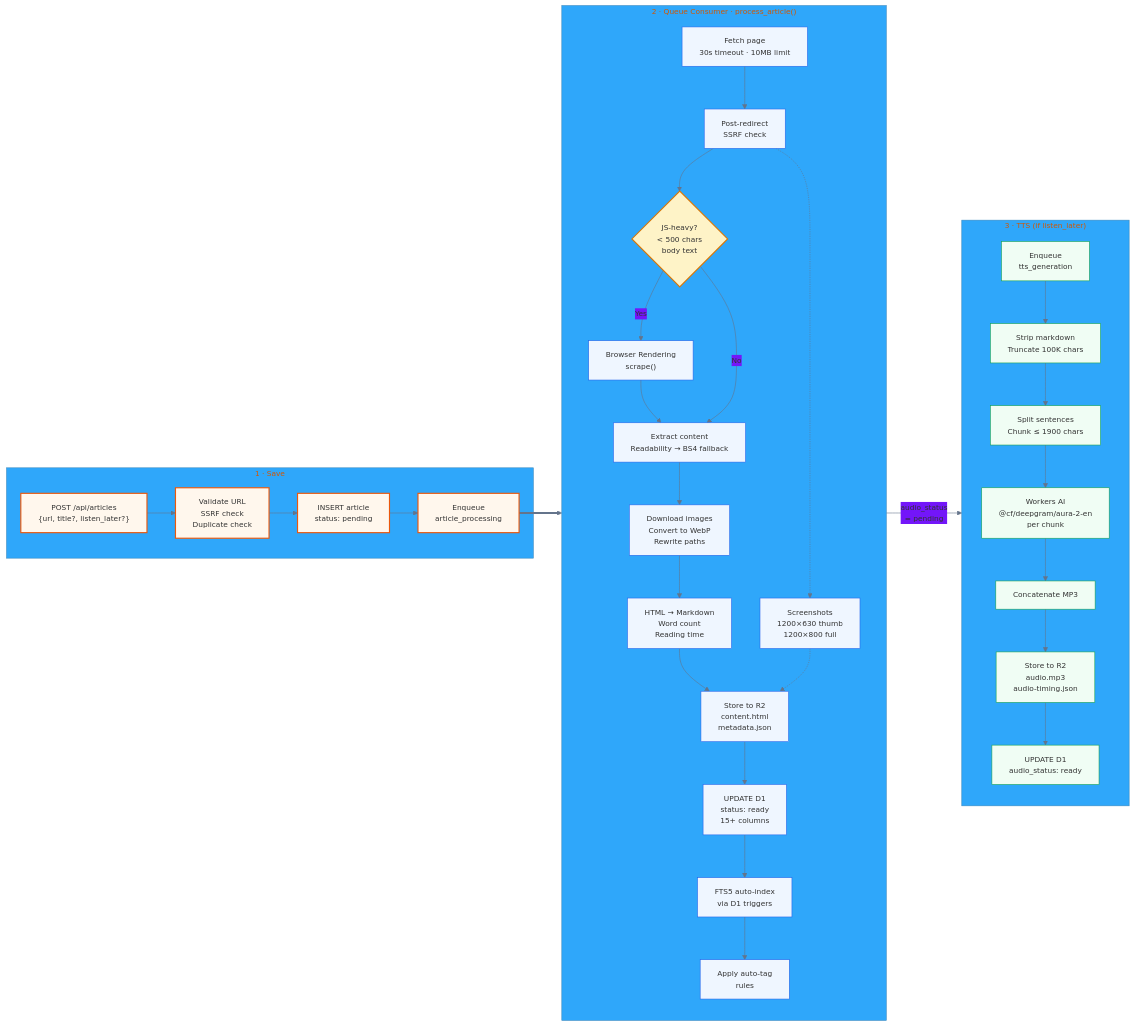
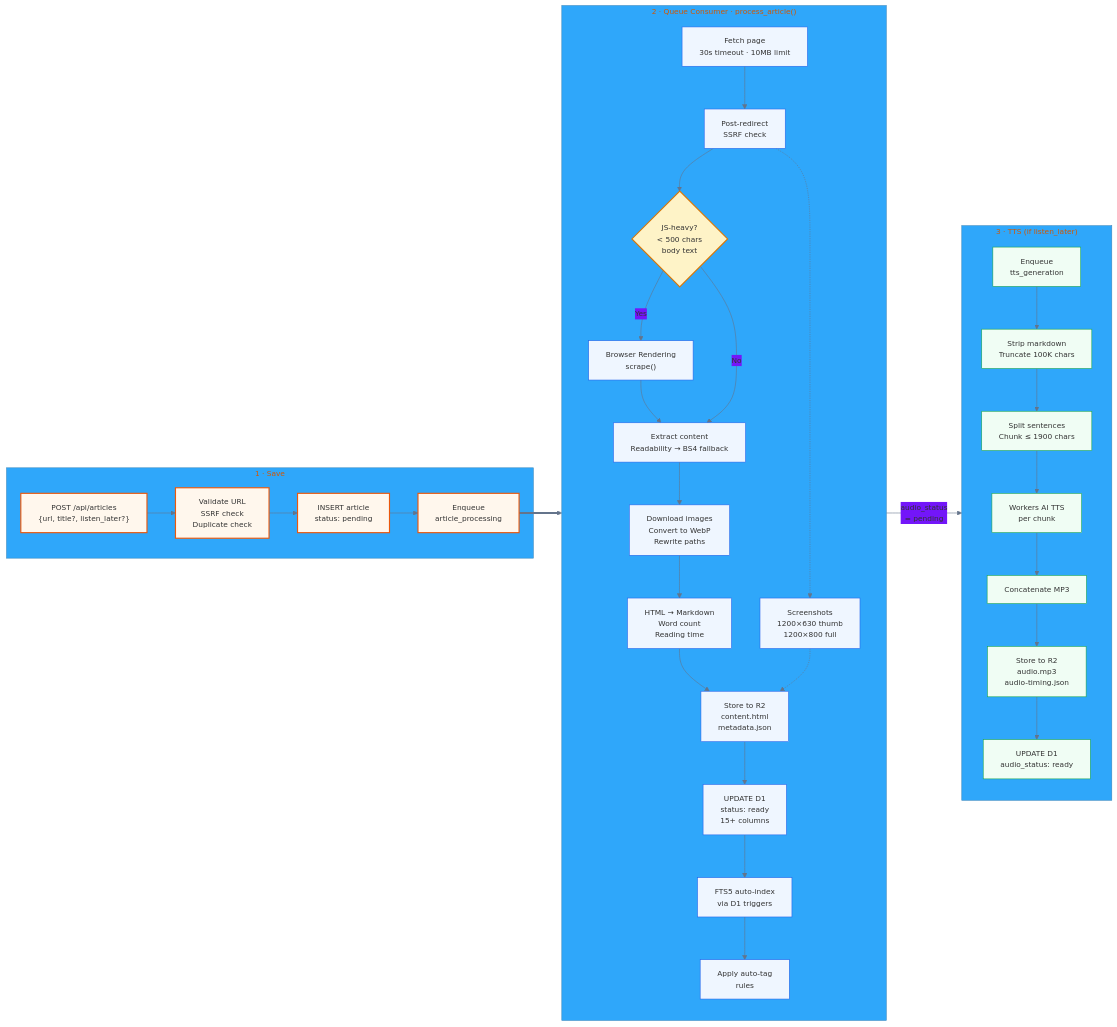
The second of 6 diagrams in docs/architecture-diagram.md (adewale/tasche), drawn with Mermaid before and after one commit. The commit also changed other lines of this file and 29 other files, not shown here.

````diff
--- a/docs/architecture-diagram.md
+++ b/docs/architecture-diagram.md
@@ -99,61 +99,61 @@
 ```mermaid
 %%{init: {'theme': 'base', 'themeVariables': { 'primaryColor': '#f97316', 'lineColor': '#64748b', 'fontSize': '13px' }}}%%
 
 flowchart LR
     subgraph Save["1 · Save"]
         POST["POST /api/articles\n{url, title?, listen_later?}"]
         Validate["Validate URL\nSSRF check\nDuplicate check"]
         Insert["INSERT article\nstatus: pending"]
         Enqueue["Enqueue\narticle_processing"]
         POST --> Validate --> Insert --> Enqueue
     end
 
     subgraph Process["2 · Queue Consumer · process_article()"]
         direction TB
         Fetch["Fetch page\n30s timeout · 10MB limit"]
         SSRF2["Post-redirect\nSSRF check"]
         JSCheck{"JS-heavy?\n< 500 chars\nbody text"}
         Scrape["Browser Rendering\nscrape()"]
         Extract["Extract content\nReadability → BS4 fallback"]
         Images["Download images\nConvert to WebP\nRewrite paths"]
         Screenshots["Screenshots\n1200×630 thumb\n1200×800 full"]
         Markdown["HTML → Markdown\nWord count\nReading time"]
         Store["Store to R2\ncontent.html\nmetadata.json"]
         UpdateD1["UPDATE D1\nstatus: ready\n15+ columns"]
         FTS["FTS5 auto-index\nvia D1 triggers"]
         AutoTag["Apply auto-tag\nrules"]
 
         Fetch --> SSRF2 --> JSCheck
         JSCheck -->|"Yes"| Scrape --> Extract
         JSCheck -->|"No"| Extract
         Extract --> Images --> Markdown
         Markdown --> Store --> UpdateD1 --> FTS --> AutoTag
         SSRF2 -.-> Screenshots -.-> Store
     end
 
     subgraph TTS["3 · TTS (if listen_later)"]
         direction TB
         EnqTTS["Enqueue\ntts_generation"]
         StripMD["Strip markdown\nTruncate 100K chars"]
         Chunk["Split sentences\nChunk ≤ 1900 chars"]
-        AICall["Workers AI\n@cf/deepgram/aura-2-en\nper chunk"]
+        AICall["Workers AI TTS\nper chunk"]
         Concat["Concatenate MP3"]
         StoreAudio["Store to R2\naudio.mp3\naudio-timing.json"]
         AudioReady["UPDATE D1\naudio_status: ready"]
 
         EnqTTS --> StripMD --> Chunk --> AICall --> Concat --> StoreAudio --> AudioReady
     end
 
     Enqueue ==> Fetch
     AutoTag -->|"audio_status\n= pending"| EnqTTS
 
     classDef save fill:#fff7ed,stroke:#ea580c,stroke-width:2px
     classDef process fill:#eff6ff,stroke:#2563eb,stroke-width:1px
     classDef tts fill:#f0fdf4,stroke:#16a34a,stroke-width:1px
     classDef decision fill:#fef3c7,stroke:#d97706,stroke-width:2px
 
     class POST,Validate,Insert,Enqueue save
     class Fetch,SSRF2,Scrape,Extract,Images,Screenshots,Markdown,Store,UpdateD1,FTS,AutoTag process
     class EnqTTS,StripMD,Chunk,AICall,Concat,StoreAudio,AudioReady tts
     class JSCheck decision
 ```
````
